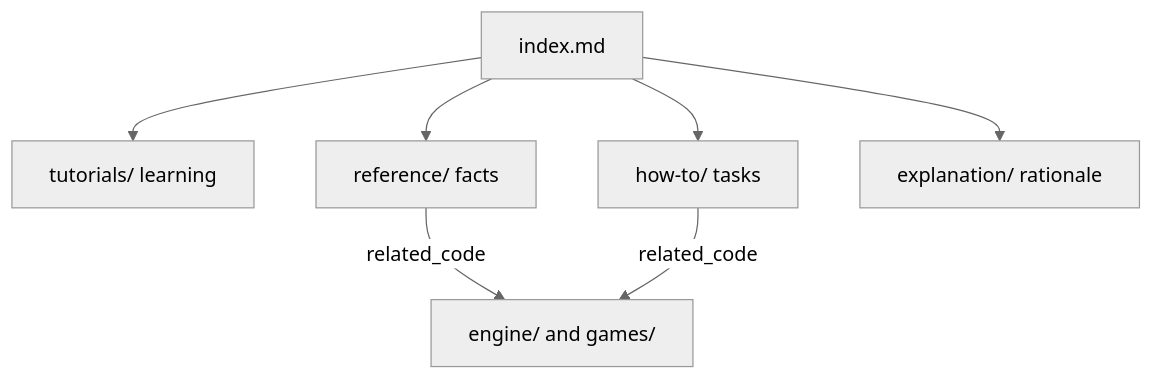
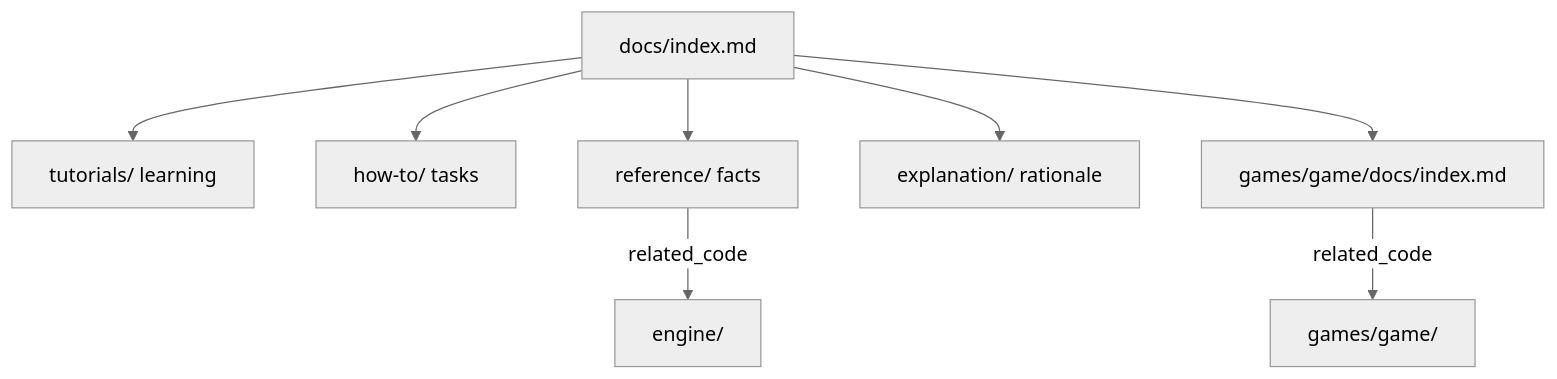
Before and after one commit to kblaszki/sfml-game-lab: the diagram in docs/index.md, drawn with Mermaid (neutral theme). The commit also changed other lines of this file and 27 other files, not shown here.

Commit message:
Move per-game docs into games/<game>/docs so engine docs and each game's docs can evolve and be found independently.

````diff
--- a/docs/index.md
+++ b/docs/index.md
@@ -54,9 +50,10 @@
 ```mermaid
 flowchart TD
-  Index[index.md] --> Tut[tutorials/ learning]
+  Index[docs/index.md] --> Tut[tutorials/ learning]
   Index --> How[how-to/ tasks]
   Index --> Ref[reference/ facts]
   Index --> Exp[explanation/ rationale]
-  Ref -->|related_code| Code[engine/ and games/]
-  How -->|related_code| Code
+  Index --> Games[games/game/docs/index.md]
+  Ref -->|related_code| Engine[engine/]
+  Games -->|related_code| GameCode[games/game/]
 ```
````
